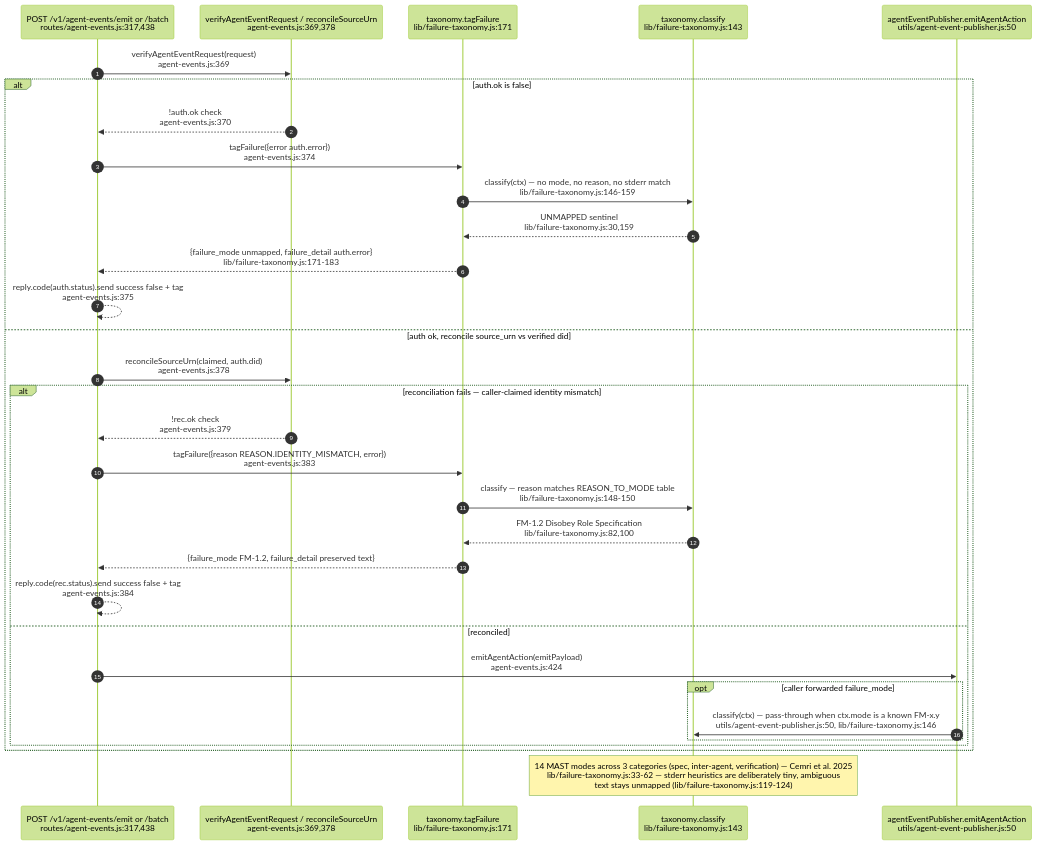
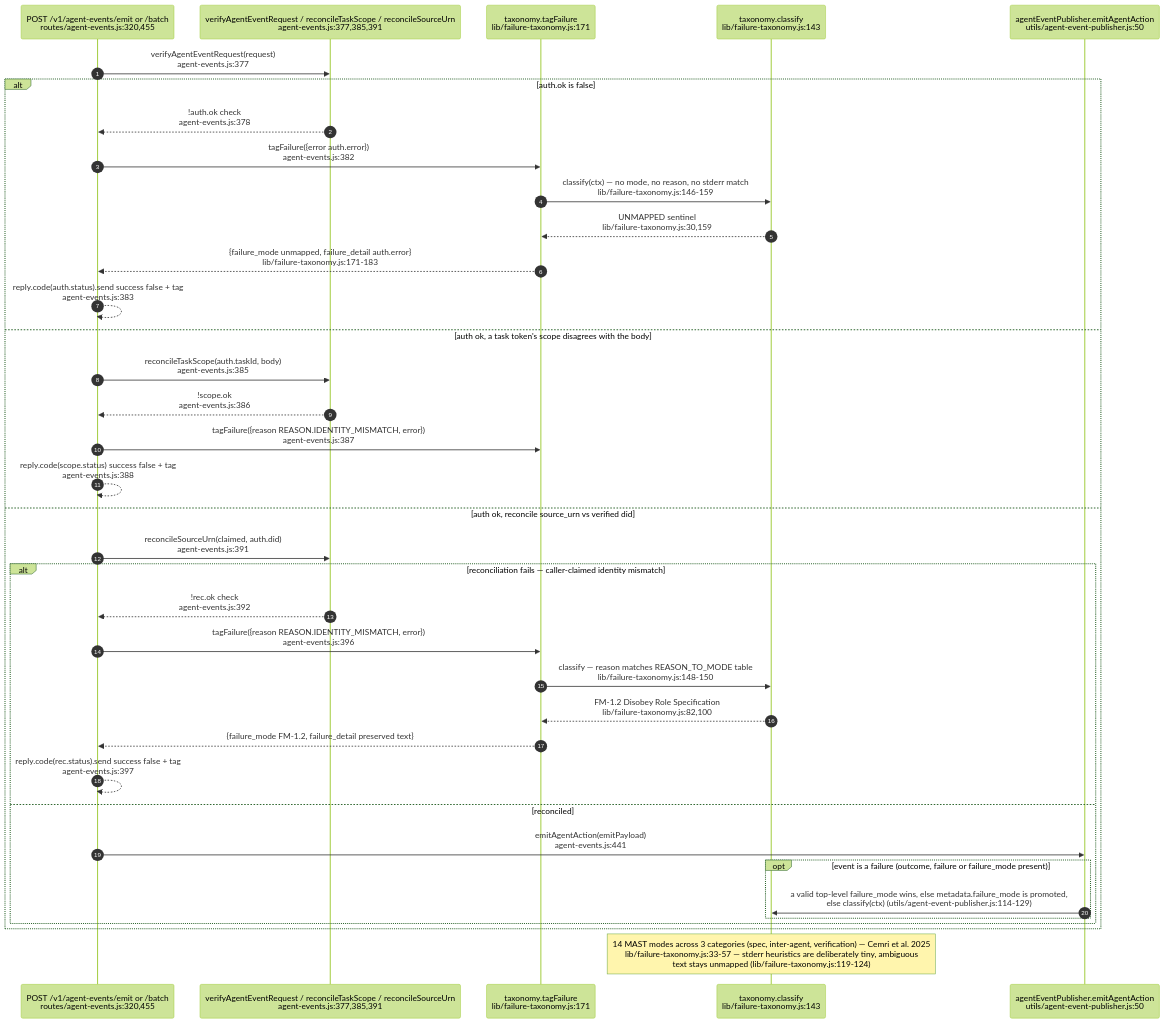
Before and after one commit to DreamLab-AI/VisionFlow: diagram 13 of 17 in docs/diagrams/agentbox/03-management-api-request-lifecycle.md, drawn with Mermaid (forest theme). The commit also changed other lines of this file and 173 other files, not shown here.

````diff
--- a/docs/diagrams/agentbox/03-management-api-request-lifecycle.md
+++ b/docs/diagrams/agentbox/03-management-api-request-lifecycle.md
@@ -504,35 +527,40 @@
 ```mermaid
 sequenceDiagram
     autonumber
-    participant R as POST /v1/agent-events/emit or /batch<br/>routes/agent-events.js:317,438
-    participant V as verifyAgentEventRequest / reconcileSourceUrn<br/>agent-events.js:369,378
+    participant R as POST /v1/agent-events/emit or /batch<br/>routes/agent-events.js:320,455
+    participant V as verifyAgentEventRequest / reconcileTaskScope / reconcileSourceUrn<br/>agent-events.js:377,385,391
     participant T as taxonomy.tagFailure<br/>lib/failure-taxonomy.js:171
     participant C as taxonomy.classify<br/>lib/failure-taxonomy.js:143
     participant Pub as agentEventPublisher.emitAgentAction<br/>utils/agent-event-publisher.js:50
 
-    R->>V: verifyAgentEventRequest(request)<br/>agent-events.js:369
+    R->>V: verifyAgentEventRequest(request)<br/>agent-events.js:377
     alt auth.ok is false
-        V-->>R: !auth.ok check<br/>agent-events.js:370
-        R->>T: tagFailure({error auth.error})<br/>agent-events.js:374
+        V-->>R: !auth.ok check<br/>agent-events.js:378
+        R->>T: tagFailure({error auth.error})<br/>agent-events.js:382
         T->>C: classify(ctx) — no mode, no reason, no stderr match<br/>lib/failure-taxonomy.js:146-159
         C-->>T: UNMAPPED sentinel<br/>lib/failure-taxonomy.js:30,159
         T-->>R: {failure_mode unmapped, failure_detail auth.error}<br/>lib/failure-taxonomy.js:171-183
-        R-->>R: reply.code(auth.status).send success false + tag<br/>agent-events.js:375
+        R-->>R: reply.code(auth.status).send success false + tag<br/>agent-events.js:383
+    else auth ok, a task token's scope disagrees with the body
+        R->>V: reconcileTaskScope(auth.taskId, body)<br/>agent-events.js:385
+        V-->>R: !scope.ok<br/>agent-events.js:386
+        R->>T: tagFailure({reason REASON.IDENTITY_MISMATCH, error})<br/>agent-events.js:387
+        R-->>R: reply.code(scope.status) success false + tag<br/>agent-events.js:388
     else auth ok, reconcile source_urn vs verified did
-        R->>V: reconcileSourceUrn(claimed, auth.did)<br/>agent-events.js:378
+        R->>V: reconcileSourceUrn(claimed, auth.did)<br/>agent-events.js:391
         alt reconciliation fails — caller-claimed identity mismatch
-            V-->>R: !rec.ok check<br/>agent-events.js:379
-            R->>T: tagFailure({reason REASON.IDENTITY_MISMATCH, error})<br/>agent-events.js:383
+            V-->>R: !rec.ok check<br/>agent-events.js:392
+            R->>T: tagFailure({reason REASON.IDENTITY_MISMATCH, error})<br/>agent-events.js:396
             T->>C: classify — reason matches REASON_TO_MODE table<br/>lib/failure-taxonomy.js:148-150
             C-->>T: FM-1.2 Disobey Role Specification<br/>lib/failure-taxonomy.js:82,100
             T-->>R: {failure_mode FM-1.2, failure_detail preserved text}
-            R-->>R: reply.code(rec.status).send success false + tag<br/>agent-events.js:384
+            R-->>R: reply.code(rec.status).send success false + tag<br/>agent-events.js:397
         else reconciled
-            R->>Pub: emitAgentAction(emitPayload)<br/>agent-events.js:424
-            opt caller forwarded failure_mode
-                Pub->>C: classify(ctx) — pass-through when ctx.mode is a known FM-x.y<br/>utils/agent-event-publisher.js:50, lib/failure-taxonomy.js:146
+            R->>Pub: emitAgentAction(emitPayload)<br/>agent-events.js:441
+            opt event is a failure (outcome, failure or failure_mode present)
+                Pub->>C: a valid top-level failure_mode wins, else metadata.failure_mode is promoted,<br/>else classify(ctx) (utils/agent-event-publisher.js:114-129)
             end
         end
     end
-    Note over C: 14 MAST modes across 3 categories (spec, inter-agent, verification) — Cemri et al. 2025<br/>lib/failure-taxonomy.js:33-62 — stderr heuristics are deliberately tiny, ambiguous<br/>text stays unmapped (lib/failure-taxonomy.js:119-124)
+    Note over C: 14 MAST modes across 3 categories (spec, inter-agent, verification) — Cemri et al. 2025<br/>lib/failure-taxonomy.js:33-57 — stderr heuristics are deliberately tiny, ambiguous<br/>text stays unmapped (lib/failure-taxonomy.js:119-124)
 ```
````
